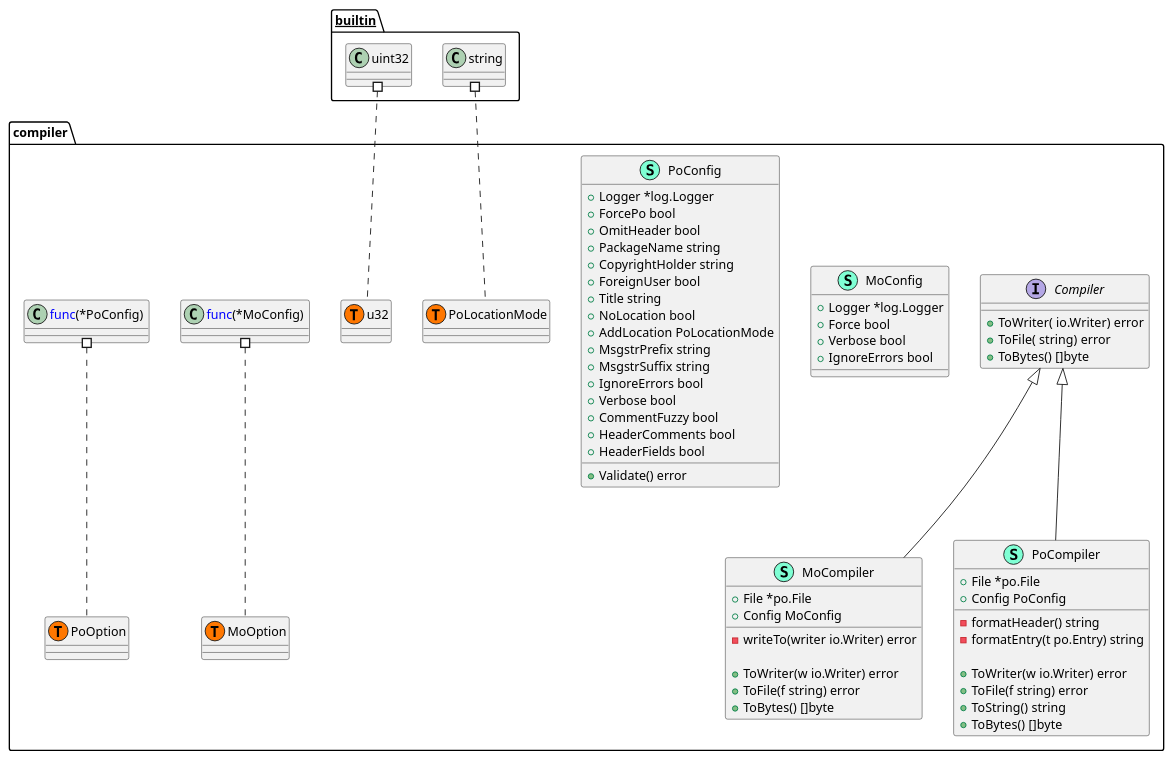
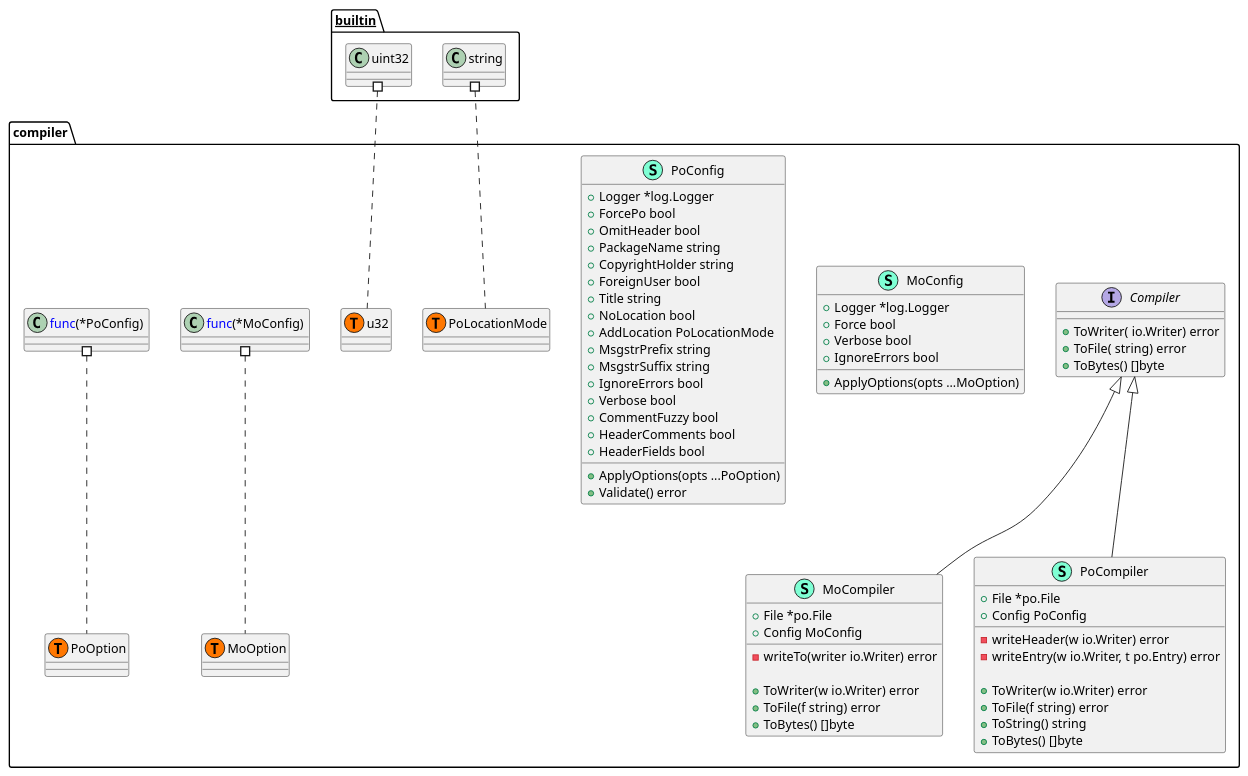
One commit to Tom5521/gotext-tools changed the diagram in pkg/po/compiler/structure.puml. Above: the diagram before and after it, drawn with PlantUML. The commit also changed 10 other files, not shown here.

First line of the commit message:
feat(parse): enhance file parsing and UML generation

```diff
--- a/pkg/po/compiler/structure.puml
+++ b/pkg/po/compiler/structure.puml
@@ -1,78 +1,81 @@
 @startuml
 namespace compiler {
     interface Compiler  {
         + ToWriter( io.Writer) error
         + ToFile( string) error
         + ToBytes() []byte
 
     }
     class MoCompiler << (S,Aquamarine) >> {
         + File *po.File
         + Config MoConfig
 
         - writeTo(writer io.Writer) error
 
         + ToWriter(w io.Writer) error
         + ToFile(f string) error
         + ToBytes() []byte
 
     }
     class MoConfig << (S,Aquamarine) >> {
         + Logger *log.Logger
         + Force bool
         + Verbose bool
         + IgnoreErrors bool
 
+        + ApplyOptions(opts ...MoOption) 
+
     }
     class PoCompiler << (S,Aquamarine) >> {
         + File *po.File
         + Config PoConfig
 
-        - formatHeader() string
-        - formatEntry(t po.Entry) string
+        - writeHeader(w io.Writer) error
+        - writeEntry(w io.Writer, t po.Entry) error
 
         + ToWriter(w io.Writer) error
         + ToFile(f string) error
         + ToString() string
         + ToBytes() []byte
 
     }
     class PoConfig << (S,Aquamarine) >> {
         + Logger *log.Logger
         + ForcePo bool
         + OmitHeader bool
         + PackageName string
         + CopyrightHolder string
         + ForeignUser bool
         + Title string
         + NoLocation bool
         + AddLocation PoLocationMode
         + MsgstrPrefix string
         + MsgstrSuffix string
         + IgnoreErrors bool
         + Verbose bool
         + CommentFuzzy bool
         + HeaderComments bool
         + HeaderFields bool
 
+        + ApplyOptions(opts ...PoOption) 
         + Validate() error
 
     }
     class compiler.MoOption << (T, #FF7700) >>  {
     }
     class compiler.PoLocationMode << (T, #FF7700) >>  {
     }
     class compiler.PoOption << (T, #FF7700) >>  {
     }
     class compiler.u32 << (T, #FF7700) >>  {
     }
 }
 
 "compiler.Compiler" <|-- "compiler.MoCompiler"
 "compiler.Compiler" <|-- "compiler.PoCompiler"
 
 "__builtin__.string" #.. "compiler.PoLocationMode"
 "__builtin__.uint32" #.. "compiler.u32"
 "compiler.<font color=blue>func</font>(*MoConfig) " #.. "compiler.MoOption"
 "compiler.<font color=blue>func</font>(*PoConfig) " #.. "compiler.PoOption"
 @enduml
```
